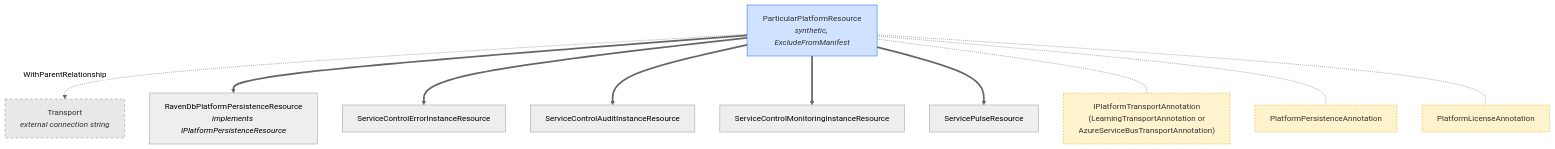
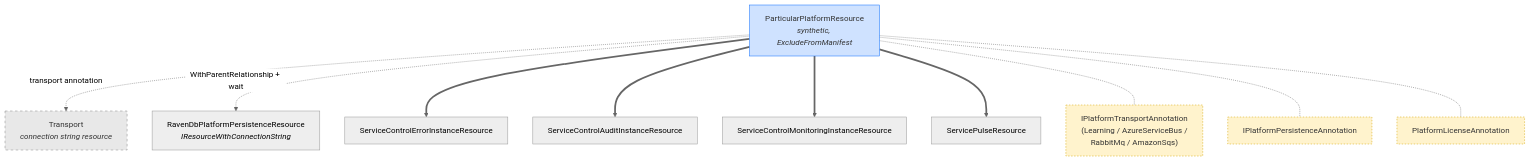
One commit to Particular/Particular.Aspire.Hosting.ServicePlatform changed the first of 2 diagrams in docs/aspire-platform-design.md. Above: the diagram before and after it, drawn with Mermaid (neutral theme). The commit also changed other lines of this file, not shown here.

Commit message:
Refine platform design documentation for clarity and accuracy

````diff
--- a/docs/aspire-platform-design.md
+++ b/docs/aspire-platform-design.md
@@ -9,28 +9,28 @@
 ```mermaid
 graph TB
     Platform[ParticularPlatformResource<br/><i>synthetic, ExcludeFromManifest</i>]
-    Transport[Transport<br/><i>external connection string</i>]
-    Raven[RavenDbPlatformPersistenceResource<br/><i>implements IPlatformPersistenceResource</i>]
+    Transport[Transport<br/><i>connection string resource</i>]
+    Raven[RavenDbPlatformPersistenceResource<br/><i>IResourceWithConnectionString</i>]
     Error[ServiceControlErrorInstanceResource]
     Audit[ServiceControlAuditInstanceResource]
     Monitoring[ServiceControlMonitoringInstanceResource]
     SP[ServicePulseResource]
 
-    Platform -. WithParentRelationship .-> Transport
-    Platform ==> Raven
+    Platform -. transport annotation .-> Transport
+    Platform -. WithParentRelationship + wait .-> Raven
     Platform ==> Error
     Platform ==> Audit
     Platform ==> Monitoring
     Platform ==> SP
 
-    Platform -.- A1["IPlatformTransportAnnotation\n(LearningTransportAnnotation or\nAzureServiceBusTransportAnnotation)"]
-    Platform -.- A2[PlatformPersistenceAnnotation]
+    Platform -.- A1["IPlatformTransportAnnotation\n(Learning / AzureServiceBus /\nRabbitMq / AmazonSqs)"]
+    Platform -.- A2[IPlatformPersistenceAnnotation]
     Platform -.- A3[PlatformLicenseAnnotation]
 
     classDef annotation fill:#fff3cd,stroke:#d4a600,stroke-dasharray: 3 3,color:#333
     classDef external fill:#e8e8e8,stroke:#888,stroke-dasharray: 5 5,color:#333
     classDef synthetic fill:#cfe2ff,stroke:#0d6efd,color:#333
     class A1,A2,A3 annotation
     class Transport external
     class Platform synthetic
 ```
````
